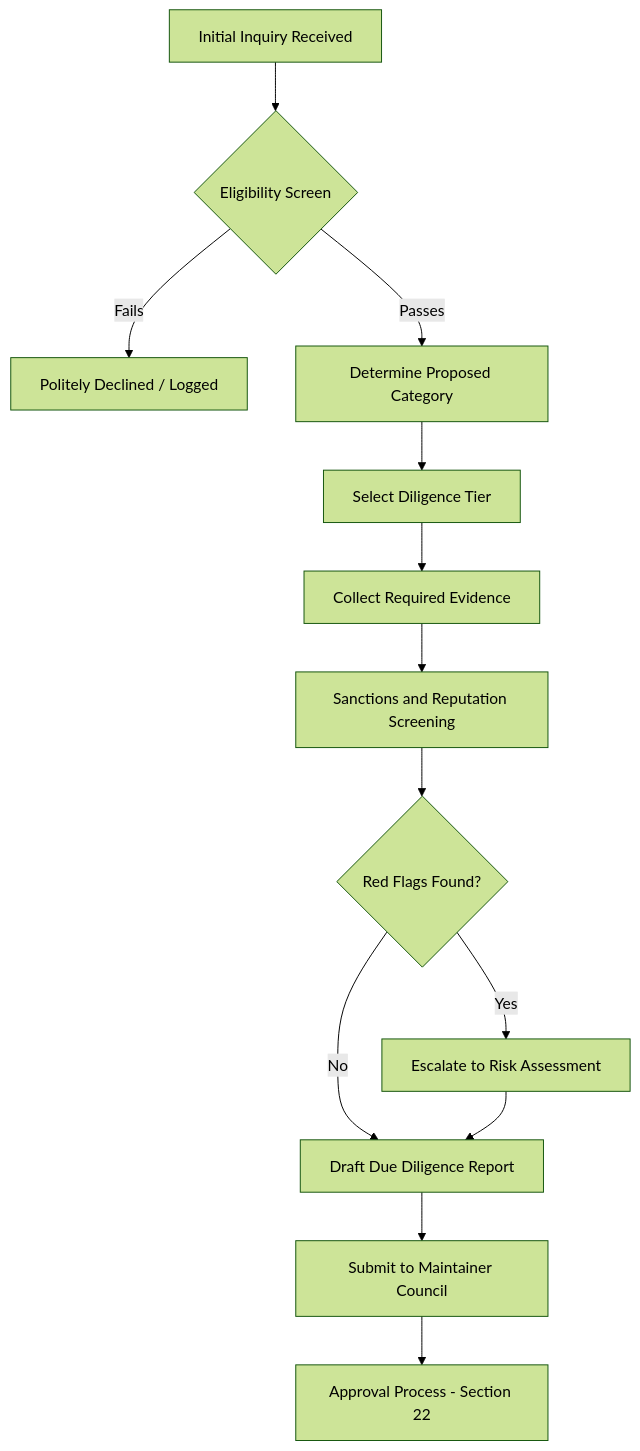
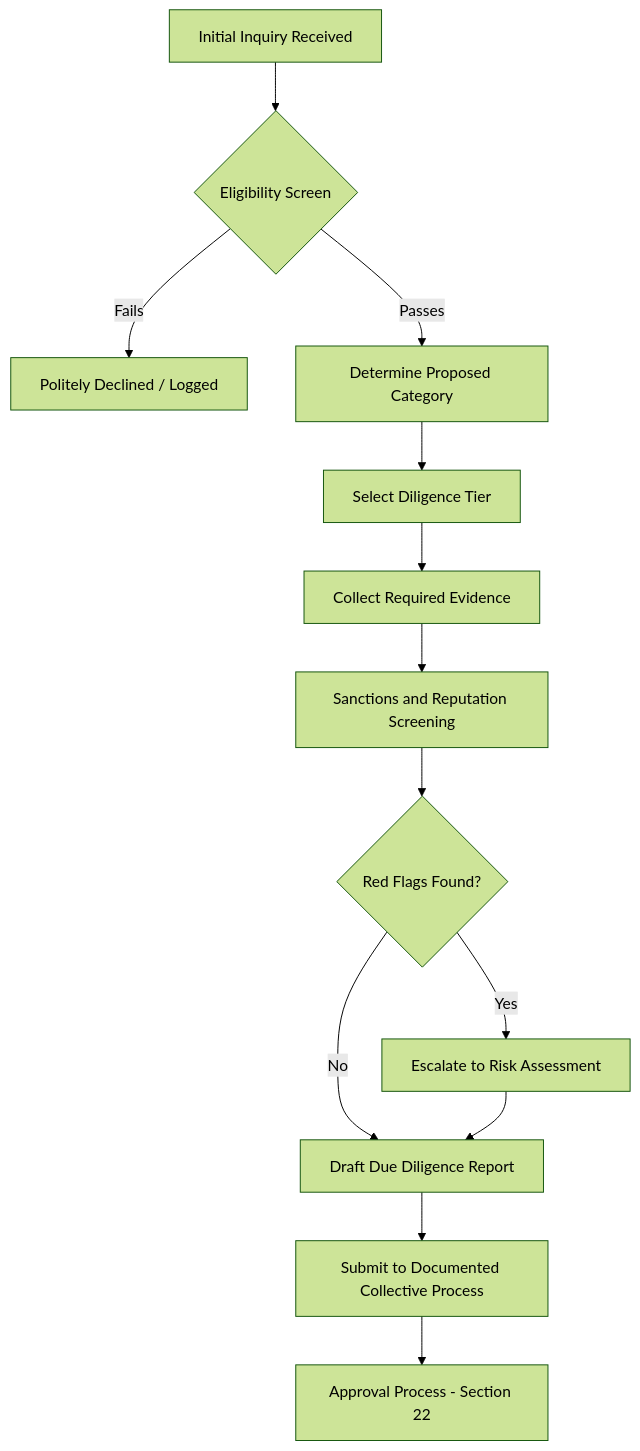
One commit to Celo-HaiTi/celoht-docs changed the first of 6 diagrams in PARTNERSHIPS.md. Above: the diagram before and after it, drawn with Mermaid (forest theme). The commit also changed other lines of this file and 27 other files, not shown here.

````diff
--- a/PARTNERSHIPS.md
+++ b/PARTNERSHIPS.md
@@ -187,15 +187,15 @@
 ```mermaid
 flowchart TD
     A[Initial Inquiry Received] --> B{Eligibility Screen}
     B -- Fails --> Z[Politely Declined / Logged]
     B -- Passes --> C[Determine Proposed Category]
     C --> D[Select Diligence Tier]
     D --> E[Collect Required Evidence]
     E --> F[Sanctions and Reputation Screening]
     F --> G{Red Flags Found?}
     G -- Yes --> H[Escalate to Risk Assessment]
     G -- No --> I[Draft Due Diligence Report]
     H --> I
-    I --> J[Submit to Maintainer Council]
+    I --> J[Submit to Documented Collective Process]
     J --> K[Approval Process - Section 22]
 ```
````
